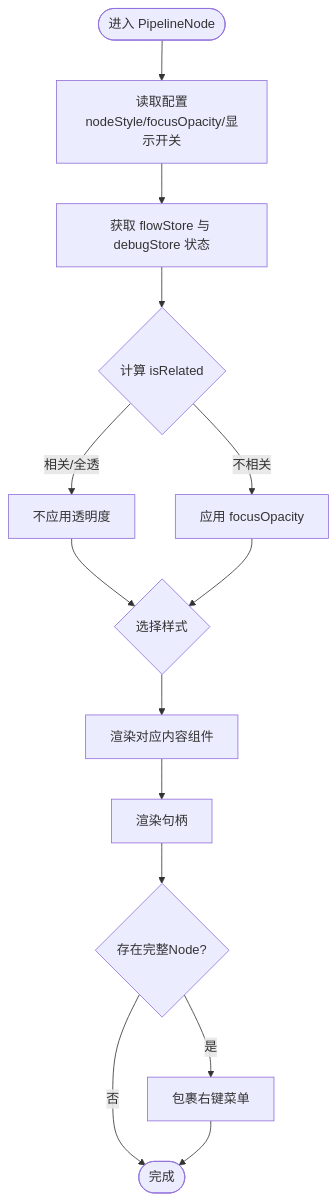
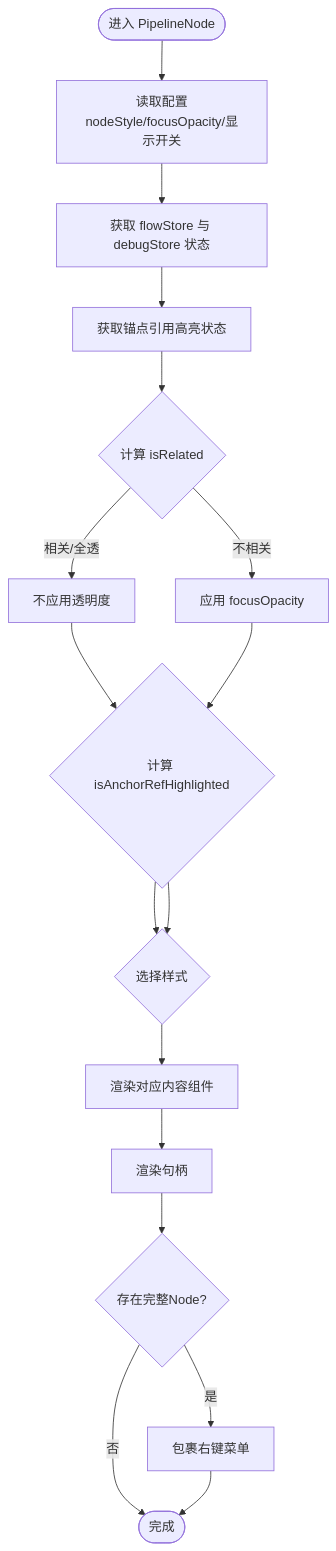
The third of 9 diagrams in .qoder/repowiki/zh/content/核心概念/节点系统/Pipeline节点.md (kqcoxn/MaaPipelineEditor), drawn with Mermaid before and after one commit. The commit also changed other lines of this file and 19 other files, not shown here.

````diff
--- a/.qoder/repowiki/zh/content/核心概念/节点系统/Pipeline节点.md
+++ b/.qoder/repowiki/zh/content/核心概念/节点系统/Pipeline节点.md
@@ -170,16 +180,19 @@
 ```mermaid
 flowchart TD
 Start(["进入 PipelineNode"]) --> ReadCfg["读取配置<br/>nodeStyle/focusOpacity/显示开关"]
 ReadCfg --> GetState["获取 flowStore 与 debugStore 状态"]
-GetState --> CalcRelate{"计算 isRelated"}
+GetState --> GetAnchorRef["获取锚点引用高亮状态"]
+GetAnchorRef --> CalcRelate{"计算 isRelated"}
 CalcRelate --> |相关/全透| Opacity1["不应用透明度"]
 CalcRelate --> |不相关| Opacity2["应用 focusOpacity"]
-Opacity1 --> ChooseStyle{"选择样式"}
-Opacity2 --> ChooseStyle
+Opacity1 --> CalcAnchor{"计算 isAnchorRefHighlighted"}
+Opacity2 --> CalcAnchor
+CalcAnchor --> ChooseStyle{"选择样式"}
+CalcAnchor --> ChooseStyle
 ChooseStyle --> RenderContent["渲染对应内容组件"]
 RenderContent --> Handles["渲染句柄"]
 Handles --> Menu{"存在完整Node?"}
 Menu --> |是| WrapMenu["包裹右键菜单"]
 Menu --> |否| End(["完成"])
 WrapMenu --> End
 ```
````
